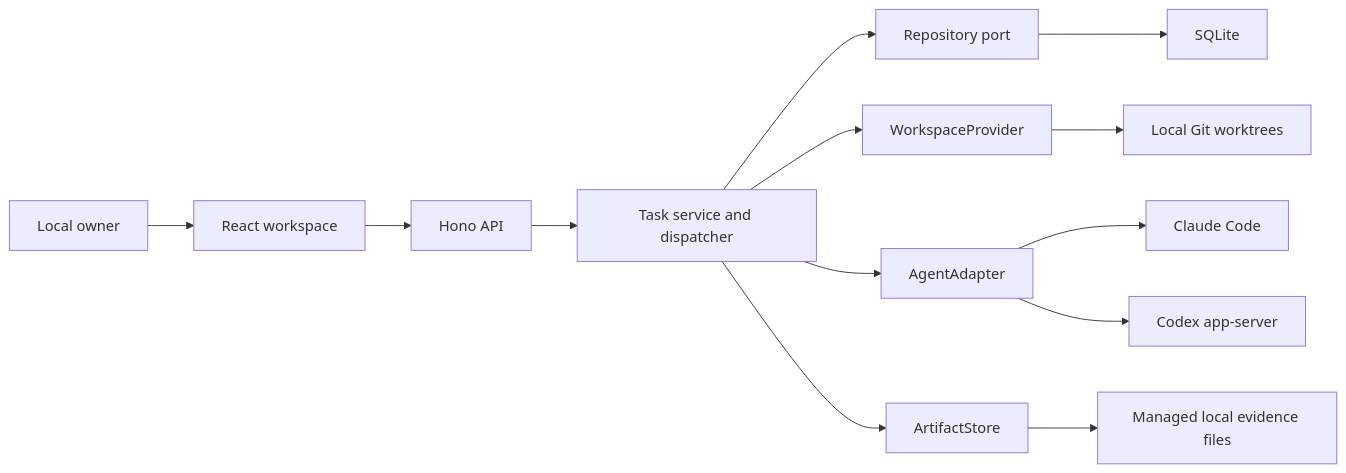
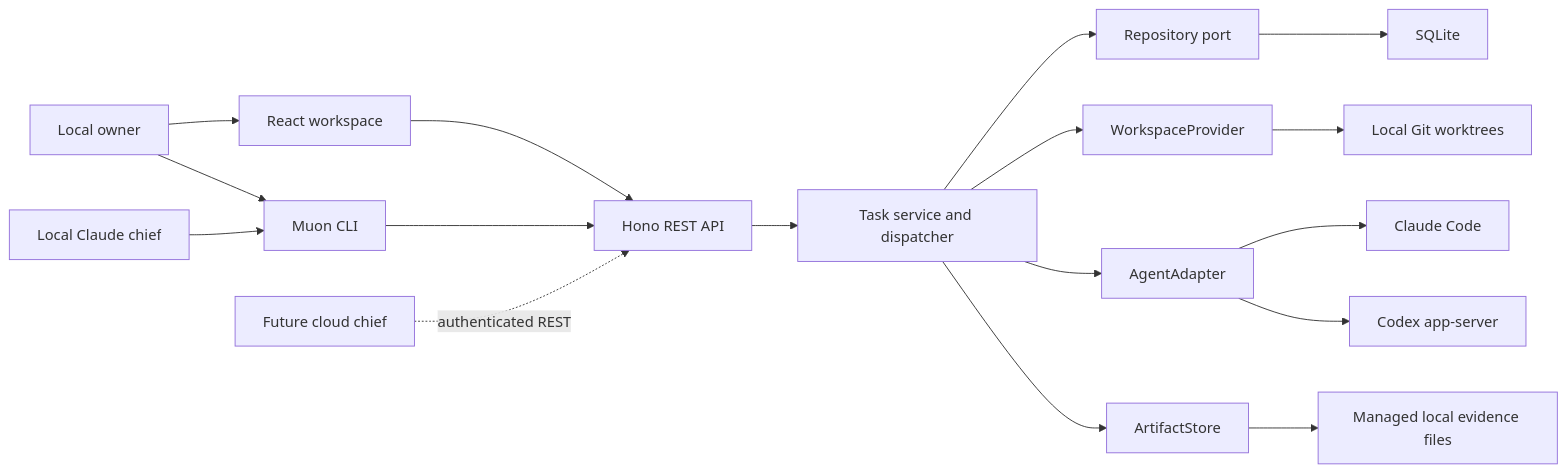
Before and after one commit to yshuolu/muon: the diagram in docs/architecture.md, drawn with Mermaid. The commit also changed other lines of this file and 47 other files, not shown here.

Commit message:
Add REST and CLI task management, conversational RFC review, and pnpm setup

````diff
--- a/docs/architecture.md
+++ b/docs/architecture.md
@@ -7,15 +7,19 @@
 ```mermaid
 flowchart LR
   Owner[Local owner] --> UI[React workspace]
-  UI --> HTTP[Hono API]
+  UI --> HTTP[Hono REST API]
+  Owner --> CLI[Muon CLI]
+  Chief[Local Claude chief] --> CLI
+  CLI --> HTTP
+  Cloud[Future cloud chief] -. authenticated REST .-> HTTP
   HTTP --> Service[Task service and dispatcher]
   Service --> Repository[Repository port]
   Repository --> SQLite[SQLite]
   Service --> Workspaces[WorkspaceProvider]
   Workspaces --> Git[Local Git worktrees]
   Service --> Agents[AgentAdapter]
   Agents --> Claude[Claude Code]
   Agents --> Codex[Codex app-server]
   Service --> Artifacts[ArtifactStore]
   Artifacts --> Files[Managed local evidence files]
 ```
````
